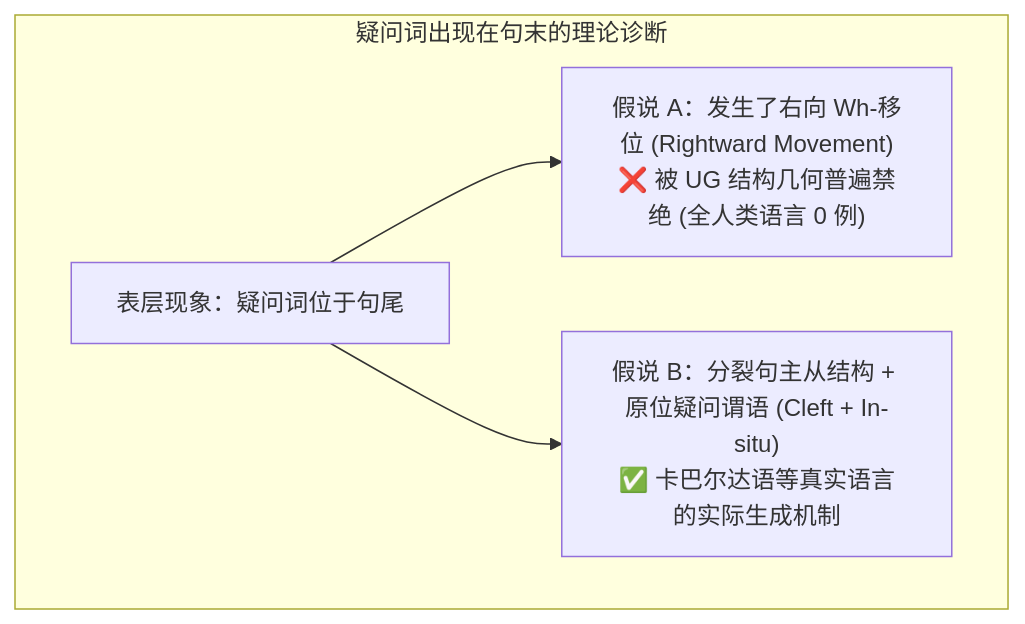
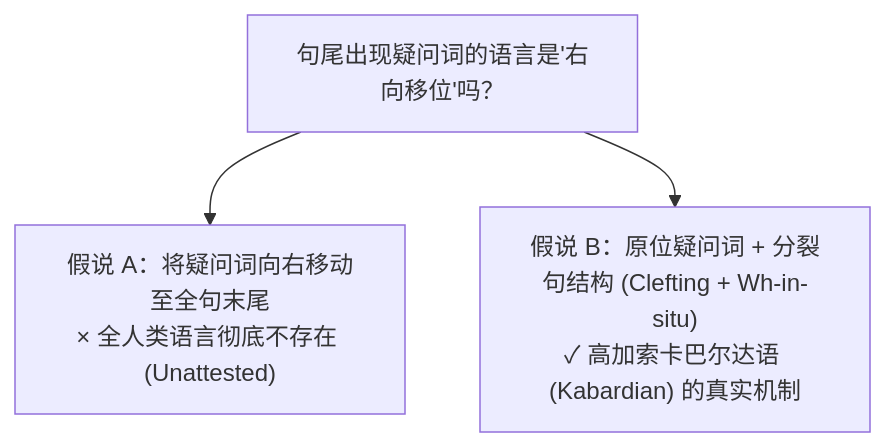
One commit to luomingguo/archipelago changed the first of 5 diagrams in docs/zh/linguistics_and_philosophy/linguistics/24900_introduction_to_linguistics/lec15.md. Above: the diagram before and after it, drawn with Mermaid. The commit also changed other lines of this file and 4 other files, not shown here.

````diff
--- a/docs/zh/linguistics_and_philosophy/linguistics/24900_introduction_to_linguistics/lec15.md
+++ b/docs/zh/linguistics_and_philosophy/linguistics/24900_introduction_to_linguistics/lec15.md
@@ -55,11 +65,8 @@
 ```mermaid
 graph TD
-    subgraph RightwardHypothesis ["疑问词出现在句末的理论诊断"]
-        Surface["表层现象：疑问词位于句尾"]
-        H1["假说 A：发生了右向 Wh-移位 (Rightward Movement)<br>❌ 被 UG 结构几何普遍禁绝 (全人类语言 0 例)"]
-        H2["假说 B：分裂句主从结构 + 原位疑问谓语 (Cleft + In-situ)<br>✅ 卡巴尔达语等真实语言的实际生成机制"]
-        
-        Surface --> H1
-        Surface --> H2
-    end
+    Question["句尾出现疑问词的语言是'右向移位'吗？"]
+    H1["假说 A：将疑问词向右移动至全句末尾<br>× 全人类语言彻底不存在 (Unattested)"]
+    H2["假说 B：原位疑问词 + 分裂句结构 (Clefting + Wh-in-situ)<br>✓ 高加索卡巴尔达语 (Kabardian) 的真实机制"]
+    Question --> H1
+    Question --> H2
 ```
````
